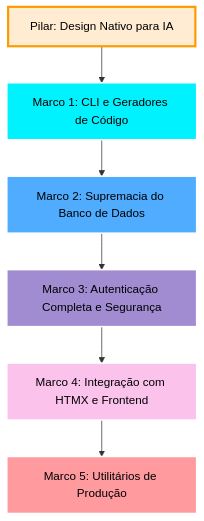
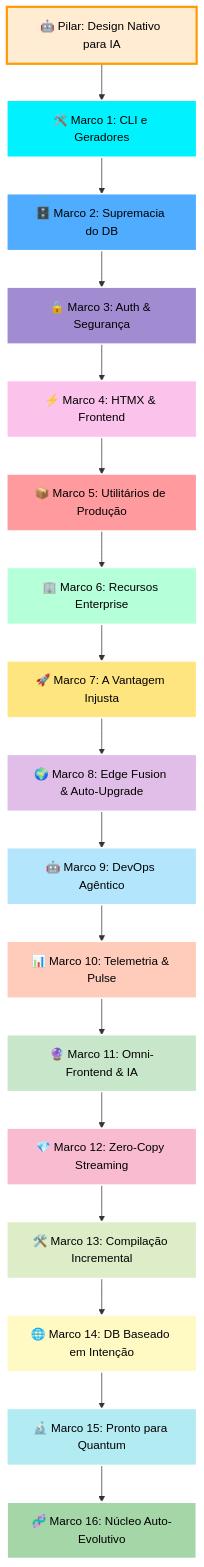
Before and after one commit to Rullst/Rullst: the diagram in ROADMAP.pt.md, drawn with Mermaid. The commit also changed other lines of this file and 1 other file, not shown here.

Commit message:
docs(roadmap): fix mermaid diagrams to include all 16 milestones with colors, add Auto-Upgrade System in PT, remove corrupted AI text from ROADMAP.pt.md

````diff
--- a/ROADMAP.pt.md
+++ b/ROADMAP.pt.md
@@ -25,14 +25,37 @@
 ```mermaid
 graph TD
-    M0[Pilar: Design Nativo para IA] --> M1[Marco 1: CLI e Geradores de Código]
-    M1 --> M2[Marco 2: Supremacia do Banco de Dados]
-    M2 --> M3[Marco 3: Autenticação Completa e Segurança]
-    M3 --> M4[Marco 4: Integração com HTMX e Frontend]
-    M4 --> M5[Marco 5: Utilitários de Produção]
-    style M0 fill:#ffecd2,stroke:#ff9a00,stroke-width:3px,color:#000
-    style M1 fill:#00f2fe,stroke:#fff,stroke-width:2px,color:#000
-    style M2 fill:#4facfe,stroke:#fff,stroke-width:2px,color:#000
-    style M3 fill:#a18cd1,stroke:#fff,stroke-width:2px,color:#000
-    style M4 fill:#fbc2eb,stroke:#fff,stroke-width:2px,color:#000
-    style M5 fill:#ff9a9e,stroke:#fff,stroke-width:2px,color:#000
+    M0["🤖 Pilar: Design Nativo para IA"] --> M1["🛠️ Marco 1: CLI e Geradores"]
+    M1 --> M2["🗄️ Marco 2: Supremacia do DB"]
+    M2 --> M3["🔒 Marco 3: Auth & Segurança"]
+    M3 --> M4["⚡ Marco 4: HTMX & Frontend"]
+    M4 --> M5["📦 Marco 5: Utilitários de Produção"]
+    M5 --> M6["🏢 Marco 6: Recursos Enterprise"]
+    M6 --> M7["🚀 Marco 7: A Vantagem Injusta"]
+    M7 --> M8["🌍 Marco 8: Edge Fusion & Auto-Upgrade"]
+    M8 --> M9["🤖 Marco 9: DevOps Agêntico"]
+    M9 --> M10["📊 Marco 10: Telemetria & Pulse"]
+    M10 --> M11["🔮 Marco 11: Omni-Frontend & IA"]
+    M11 --> M12["💎 Marco 12: Zero-Copy Streaming"]
+    M12 --> M13["🛠️ Marco 13: Compilação Incremental"]
+    M13 --> M14["🌐 Marco 14: DB Baseado em Intenção"]
+    M14 --> M15["🔬 Marco 15: Pronto para Quantum"]
+    M15 --> M16["🧬 Marco 16: Núcleo Auto-Evolutivo"]
+
+    style M0  fill:#ffecd2,stroke:#ff9a00,stroke-width:3px,color:#000
+    style M1  fill:#00f2fe,stroke:#fff,stroke-width:2px,color:#000
+    style M2  fill:#4facfe,stroke:#fff,stroke-width:2px,color:#000
+    style M3  fill:#a18cd1,stroke:#fff,stroke-width:2px,color:#000
+    style M4  fill:#fbc2eb,stroke:#fff,stroke-width:2px,color:#000
+    style M5  fill:#ff9a9e,stroke:#fff,stroke-width:2px,color:#000
+    style M6  fill:#b5ffd9,stroke:#fff,stroke-width:2px,color:#000
+    style M7  fill:#ffe57f,stroke:#fff,stroke-width:2px,color:#000
+    style M8  fill:#e1bee7,stroke:#fff,stroke-width:2px,color:#000
+    style M9  fill:#b3e5fc,stroke:#fff,stroke-width:2px,color:#000
+    style M10 fill:#ffccbc,stroke:#fff,stroke-width:2px,color:#000
+    style M11 fill:#c8e6c9,stroke:#fff,stroke-width:2px,color:#000
+    style M12 fill:#f8bbd0,stroke:#fff,stroke-width:2px,color:#000
+    style M13 fill:#dcedc8,stroke:#fff,stroke-width:2px,color:#000
+    style M14 fill:#fff9c4,stroke:#fff,stroke-width:2px,color:#000
+    style M15 fill:#b2ebf2,stroke:#fff,stroke-width:2px,color:#000
+    style M16 fill:#a5d6a7,stroke:#fff,stroke-width:3px,color:#000
 ```
````
